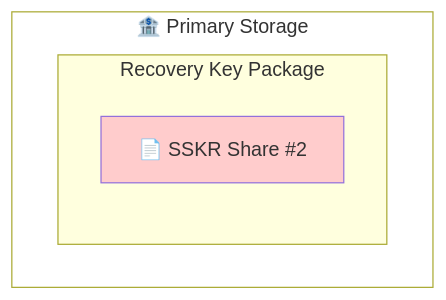
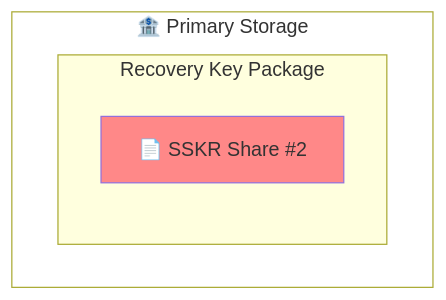
One commit to BlockchainCommons/SmartCustody changed diagram 16 of 26 in Docs/Scenario-Multisig.md. Above: the diagram before and after it, drawn with Mermaid. The commit also changed other lines of this file, not shown here.

````diff
--- a/Docs/Scenario-Multisig.md
+++ b/Docs/Scenario-Multisig.md
@@ -569,10 +569,10 @@
     ```mermaid
     graph TD
     subgraph primary["🏦 Primary Storage"]
       subgraph "Recovery Key Package"
       C["📄 SSKR Share #2"]
       end
     end
     style primary fill:#ffffff;
-    style C fill:#ffcccc;
+    style C fill:#ff8888;
     ```
````
